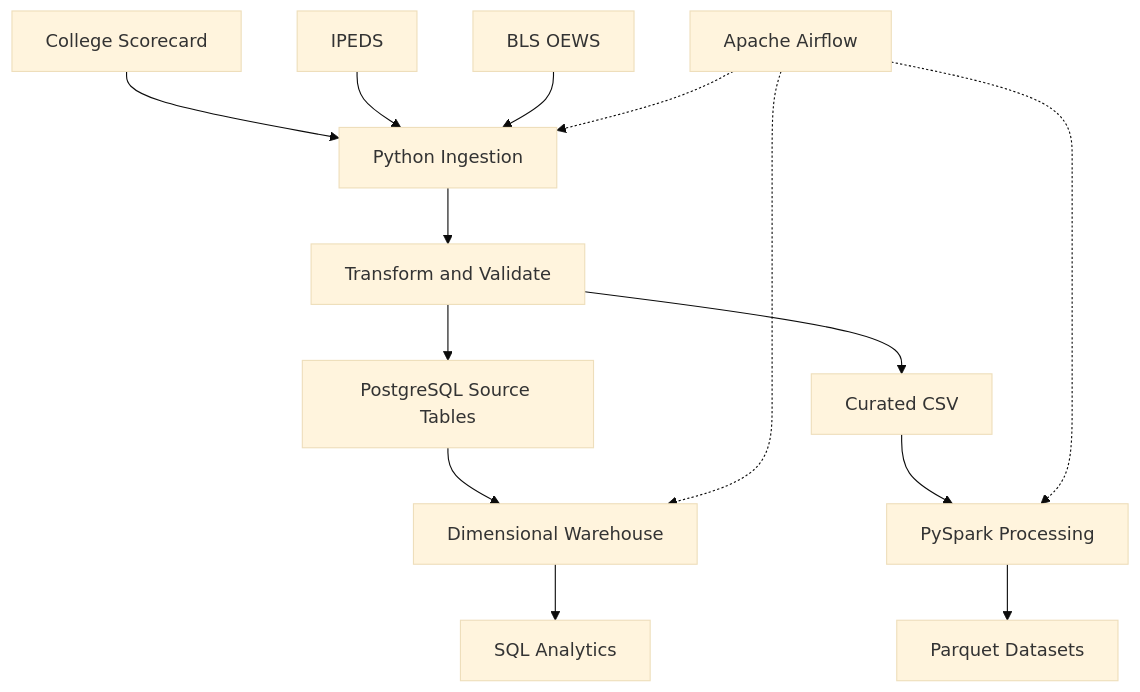
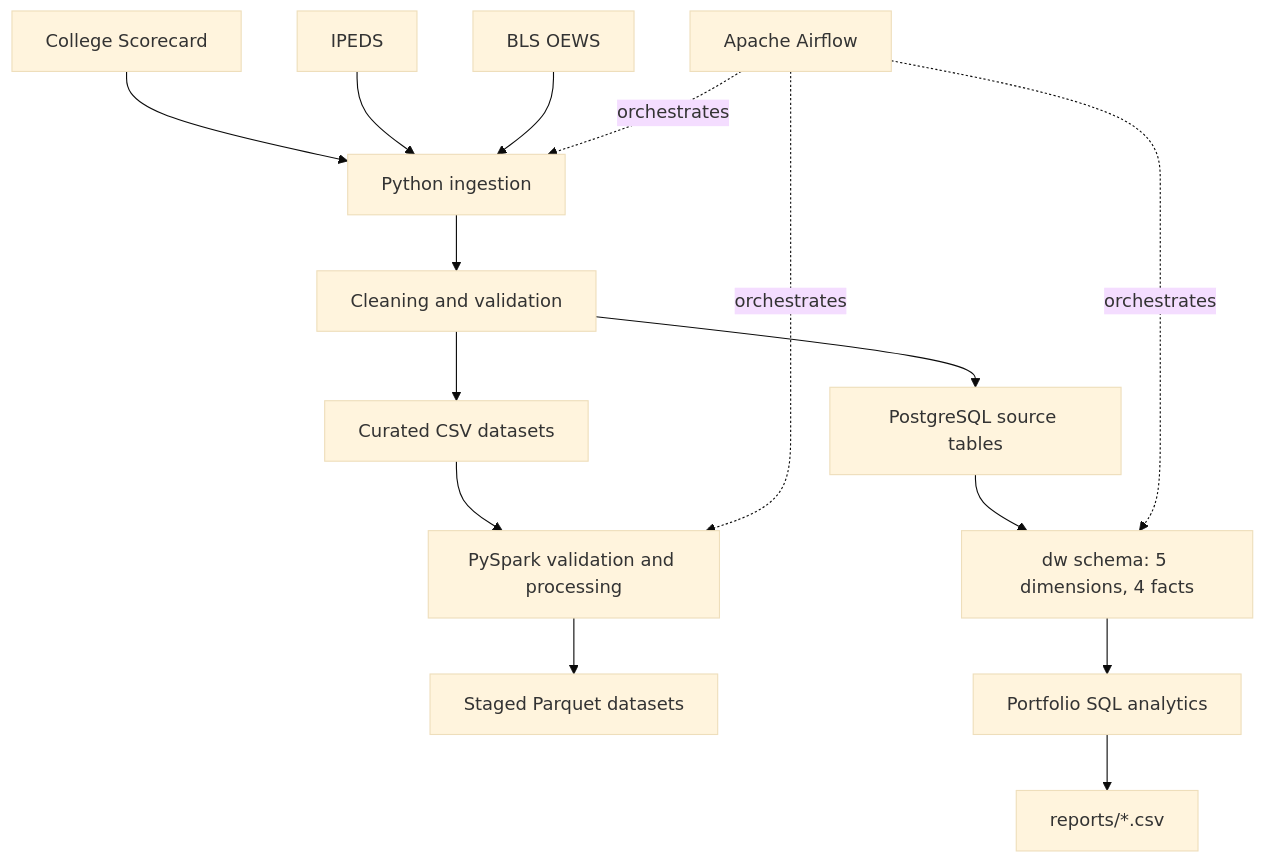
One commit to tanishmishra2025-stack/EdAtlas changed the diagram in README.md. Above: the diagram before and after it, drawn with Mermaid (base theme). The commit also changed other lines of this file and 2 other files, not shown here.

Commit message:
Finalize portfolio README and add CI workflow

````diff
--- a/README.md
+++ b/README.md
@@ -25,16 +48,17 @@
 ```mermaid
 flowchart TD
-    A[College Scorecard] --> D[Python Ingestion]
+    A[College Scorecard] --> D[Python ingestion]
     B[IPEDS] --> D
     C[BLS OEWS] --> D
-    D --> E[Transform and Validate]
-    E --> F[PostgreSQL Source Tables]
-    E --> G[Curated CSV]
-    G --> H[PySpark Processing]
-    H --> I[Parquet Datasets]
-    F --> J[Dimensional Warehouse]
-    J --> K[SQL Analytics]
-    L[Apache Airflow] -.-> D
-    L -.-> H
-    L -.-> J
+    D --> E[Cleaning and validation]
+    E --> F[PostgreSQL source tables]
+    E --> G[Curated CSV datasets]
+    G --> H[PySpark validation and processing]
+    H --> I[Staged Parquet datasets]
+    F --> J[dw schema: 5 dimensions, 4 facts]
+    J --> K[Portfolio SQL analytics]
+    K --> L[reports/*.csv]
+    M[Apache Airflow] -. orchestrates .-> D
+    M -. orchestrates .-> H
+    M -. orchestrates .-> J
 ```
````
